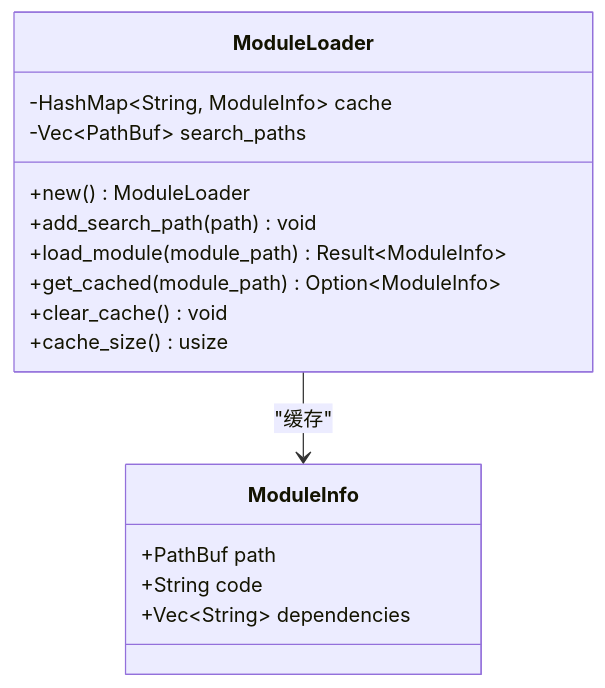
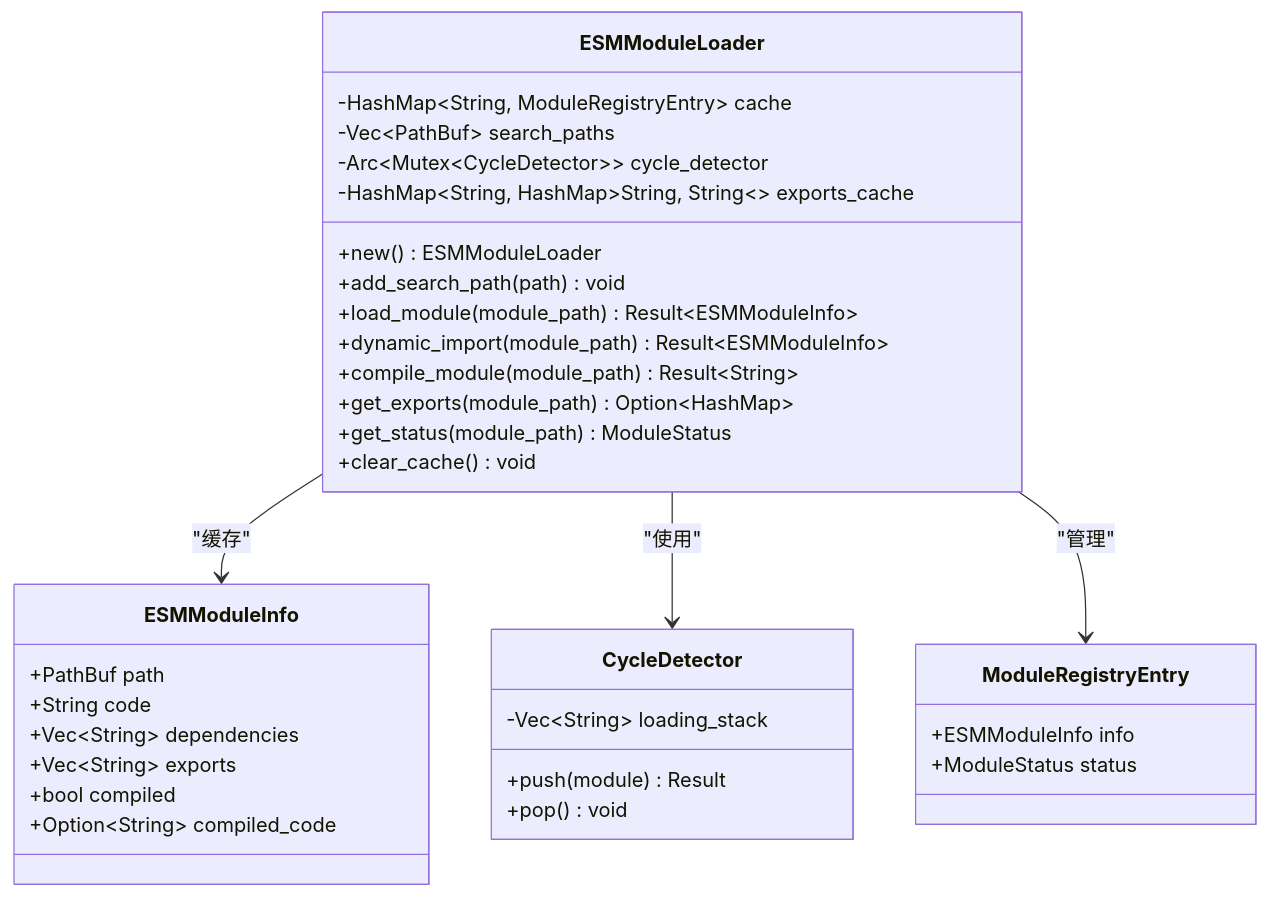
One commit to itszzl-sudo/iris changed the third of 22 diagrams in .qoder/repowiki/zh/content/技术架构详解/JS沙箱运行时/Iris-JetCrab运行时.md. Above: the diagram before and after it, drawn with Mermaid. The commit also changed other lines of this file and 12 other files, not shown here.

````diff
--- a/.qoder/repowiki/zh/content/技术架构详解/JS沙箱运行时/Iris-JetCrab运行时.md
+++ b/.qoder/repowiki/zh/content/技术架构详解/JS沙箱运行时/Iris-JetCrab运行时.md
@@ -168,19 +203,37 @@
 ```mermaid
 classDiagram
-class ModuleInfo {
+class ESMModuleInfo {
 +PathBuf path
 +String code
 +Vec~String~ dependencies
++Vec~String~ exports
++bool compiled
++Option~String~ compiled_code
 }
-class ModuleLoader {
--HashMap~String, ModuleInfo~ cache
+class CycleDetector {
+-Vec~String~ loading_stack
++push(module) Result
++pop() void
+}
+class ModuleRegistryEntry {
++ESMModuleInfo info
++ModuleStatus status
+}
+class ESMModuleLoader {
+-HashMap~String, ModuleRegistryEntry~ cache
 -Vec~PathBuf~ search_paths
-+new() ModuleLoader
+-Arc~Mutex~CycleDetector~~ cycle_detector
+-HashMap~String, HashMap~String, String~~ exports_cache
++new() ESMModuleLoader
 +add_search_path(path) void
-+load_module(module_path) Result~ModuleInfo~
-+get_cached(module_path) Option~ModuleInfo~
++load_module(module_path) Result~ESMModuleInfo~
++dynamic_import(module_path) Result~ESMModuleInfo~
++compile_module(module_path) Result~String~
++get_exports(module_path) Option~HashMap~
++get_status(module_path) ModuleStatus
 +clear_cache() void
-+cache_size() usize
 }
-ModuleLoader --> ModuleInfo : "缓存"
+ESMModuleLoader --> ESMModuleInfo : "缓存"
+ESMModuleLoader --> CycleDetector : "使用"
+ESMModuleLoader --> ModuleRegistryEntry : "管理"
 ```
````
